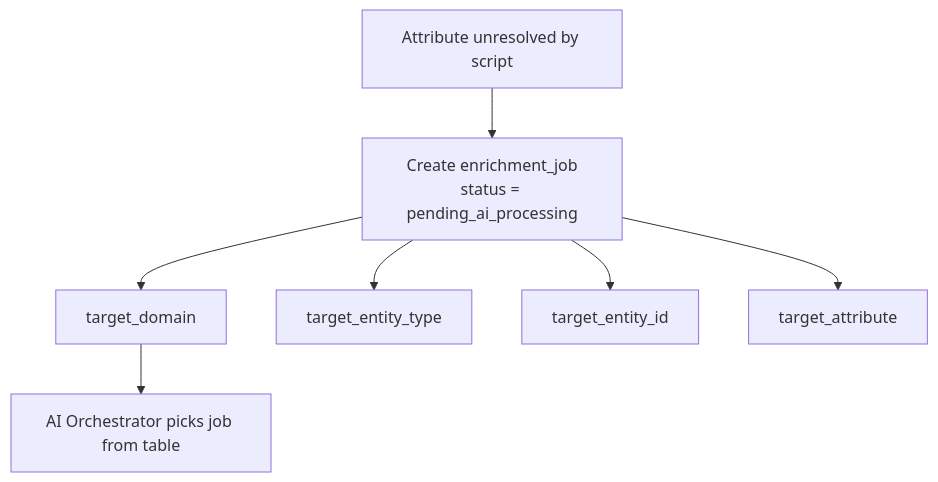
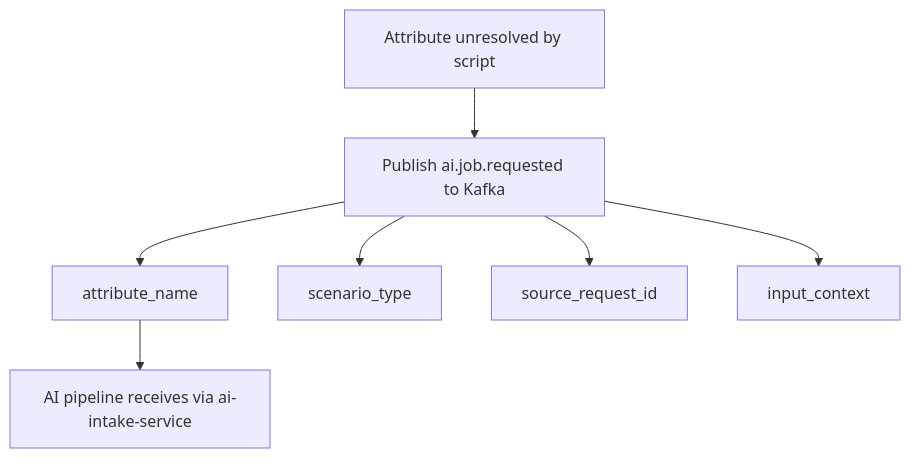
Before and after one commit to MafiaCoconut/Monstrino: the fifth of 12 diagrams in monstrino-docs/docs/pipelines/data-ingestion/catalog-ingest/03-catalog-data-enricher.md, drawn with Mermaid. The commit also changed other lines of this file and 68 other files, not shown here.

````diff
--- a/monstrino-docs/docs/pipelines/data-ingestion/catalog-ingest/03-catalog-data-enricher.md
+++ b/monstrino-docs/docs/pipelines/data-ingestion/catalog-ingest/03-catalog-data-enricher.md
@@ -236,12 +235,12 @@
 ```mermaid
 flowchart TD
 
-A[Attribute unresolved by script] --> B[Create enrichment_job<br/>status = pending_ai_processing]
+A[Attribute unresolved by script] --> B[Publish ai.job.requested to Kafka]
 
-B --> C[target_domain]
-B --> D[target_entity_type]
-B --> E[target_entity_id]
-B --> F[target_attribute]
+B --> C[attribute_name]
+B --> D[scenario_type]
+B --> E[source_request_id]
+B --> F[input_context]
 
-C --> G[AI Orchestrator picks job from table]
+C --> G[AI pipeline receives via ai-intake-service]
 ```
````
